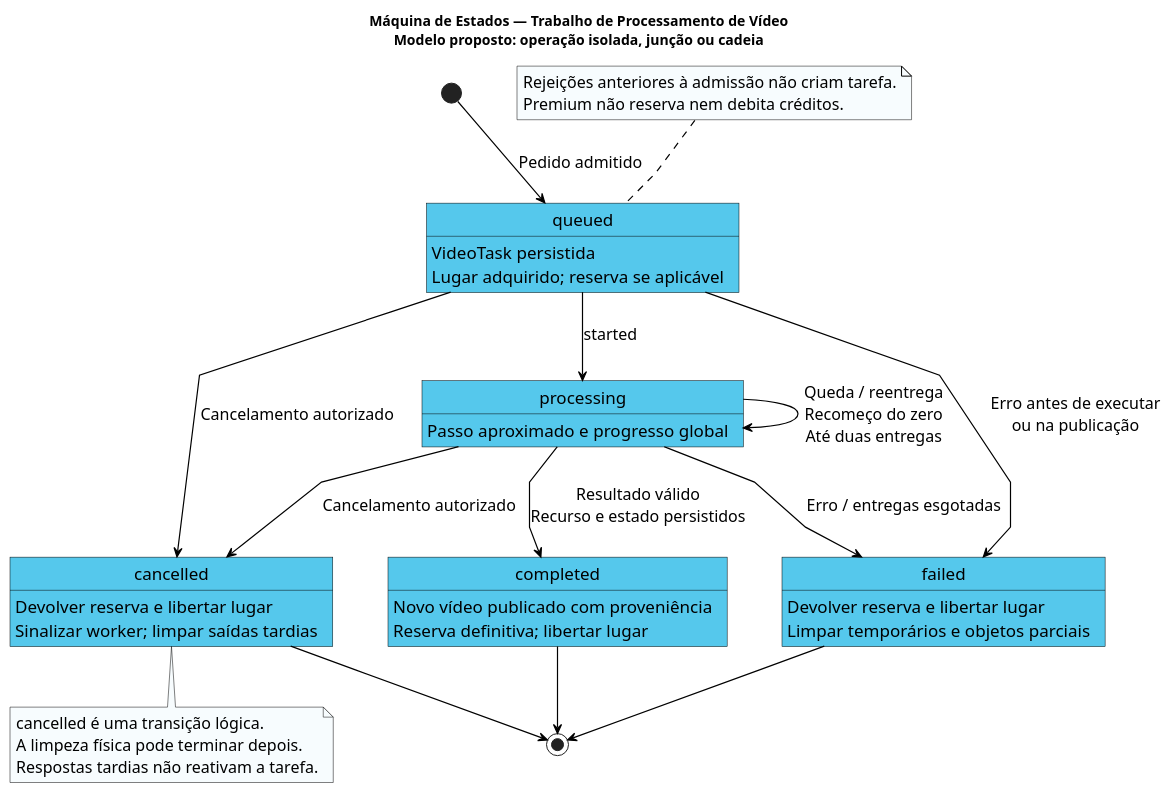
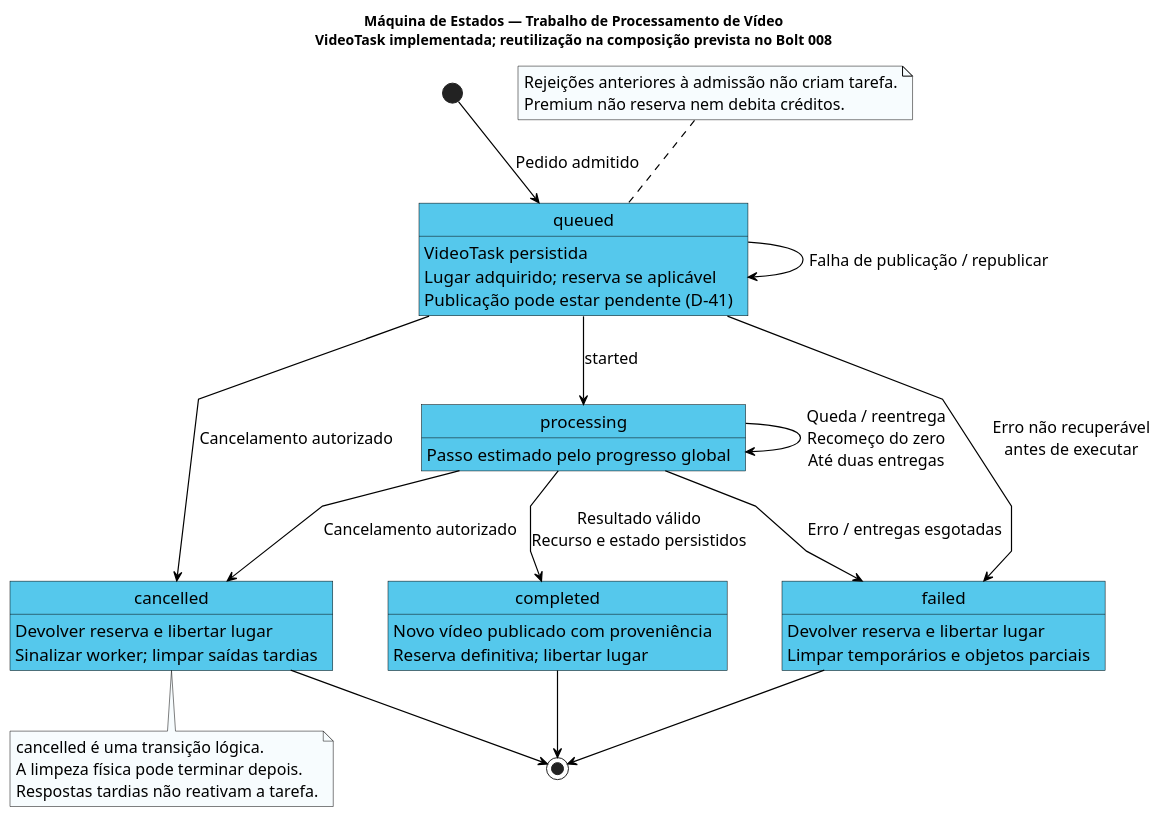
The diagram in Documentos consulta/src-doc-ext-requisitos-template/images/maquina_estados_video.puml (luis444coelho/picturas-27-extension), drawn with PlantUML before and after one commit. The commit also changed 10 other files, not shown here.

```diff
--- a/Documentos consulta/src-doc-ext-requisitos-template/images/maquina_estados_video.puml
+++ b/Documentos consulta/src-doc-ext-requisitos-template/images/maquina_estados_video.puml
@@ -1,59 +1,61 @@
 @startuml maquina_estados_video
 skinparam monochrome false
 skinparam shadowing false
 skinparam roundcorner 0
 skinparam linetype polyline
 skinparam defaultFontName Arial
 skinparam defaultFontSize 16
 skinparam stateFontSize 17
 skinparam stateBackgroundColor #55C8EC
 skinparam stateBorderColor black
 skinparam stateArrowColor black
 skinparam ArrowColor black
 skinparam ArrowThickness 1.2
 skinparam noteBackgroundColor #F7FCFE
 skinparam noteBorderColor black
 skinparam nodesep 55
 skinparam ranksep 60
 top to bottom direction
 
-title Máquina de Estados — Trabalho de Processamento de Vídeo\nModelo proposto: operação isolada, junção ou cadeia
+title Máquina de Estados — Trabalho de Processamento de Vídeo\nVideoTask implementada; reutilização na composição prevista no Bolt 008
 
 state "queued" as Queued
 state "processing" as Processing
 state "completed" as Completed
 state "failed" as Failed
 state "cancelled" as Cancelled
 
 Queued : VideoTask persistida
 Queued : Lugar adquirido; reserva se aplicável
-Processing : Passo aproximado e progresso global
+Queued : Publicação pode estar pendente (D-41)
+Processing : Passo estimado pelo progresso global
 Completed : Novo vídeo publicado com proveniência
 Completed : Reserva definitiva; libertar lugar
 Failed : Devolver reserva e libertar lugar
 Failed : Limpar temporários e objetos parciais
 Cancelled : Devolver reserva e libertar lugar
 Cancelled : Sinalizar worker; limpar saídas tardias
 
 [*] --> Queued : Pedido admitido
+Queued --> Queued : Falha de publicação / republicar
 Queued --> Processing : started
-Queued --> Failed : Erro antes de executar\nou na publicação
+Queued --> Failed : Erro não recuperável\nantes de executar
 Queued --> Cancelled : Cancelamento autorizado
 Processing --> Processing : Queda / reentrega\nRecomeço do zero\nAté duas entregas
 Processing --> Completed : Resultado válido\nRecurso e estado persistidos
 Processing --> Failed : Erro / entregas esgotadas
 Processing --> Cancelled : Cancelamento autorizado
 Completed --> [*]
 Failed --> [*]
 Cancelled --> [*]
 
 note top of Queued
   Rejeições anteriores à admissão não criam tarefa.
   Premium não reserva nem debita créditos.
 end note
 note bottom of Cancelled
   cancelled é uma transição lógica.
   A limpeza física pode terminar depois.
   Respostas tardias não reativam a tarefa.
 end note
 @enduml
```
